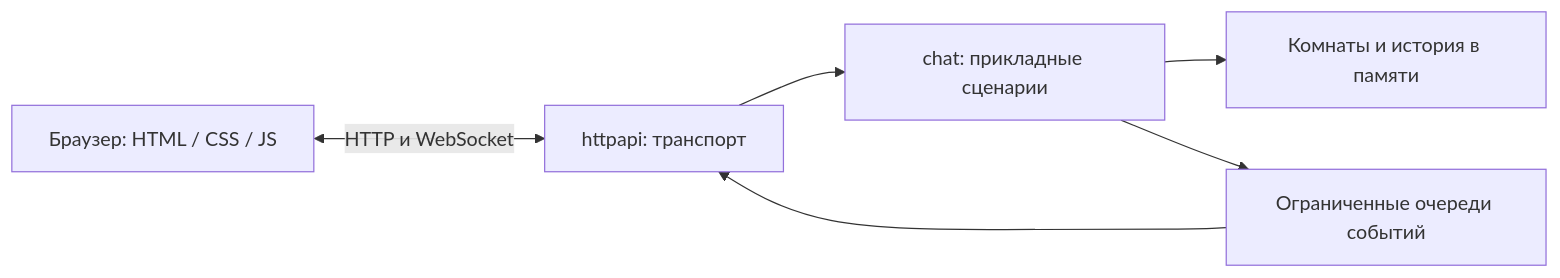
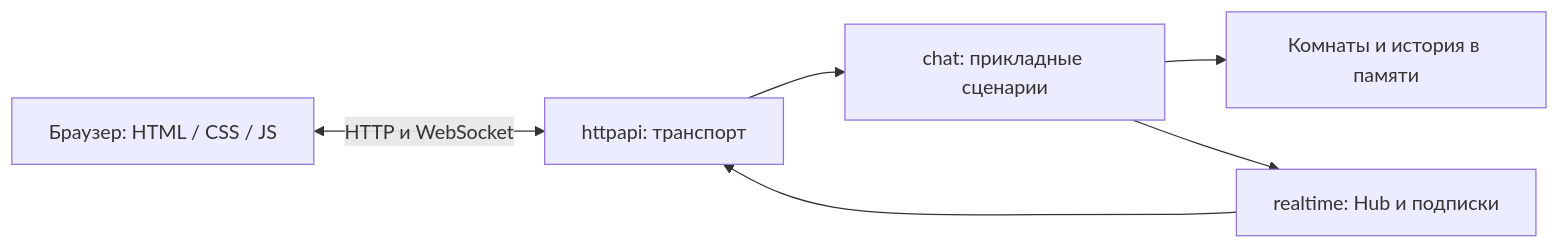
Before and after one commit to fnder7/nullchat: the first of 2 diagrams in docs/ARCHITECTURE.md, drawn with Mermaid. The commit also changed other lines of this file and 3 other files, not shown here.

````diff
--- a/docs/ARCHITECTURE.md
+++ b/docs/ARCHITECTURE.md
@@ -9,8 +9,8 @@
 ```mermaid
 flowchart LR
     A[Браузер: HTML / CSS / JS] <-->|HTTP и WebSocket| B[httpapi: транспорт]
     B --> C[chat: прикладные сценарии]
     C --> D[Комнаты и история в памяти]
-    C --> E[Ограниченные очереди событий]
+    C --> E[realtime: Hub и подписки]
     E --> B
 ```
````
